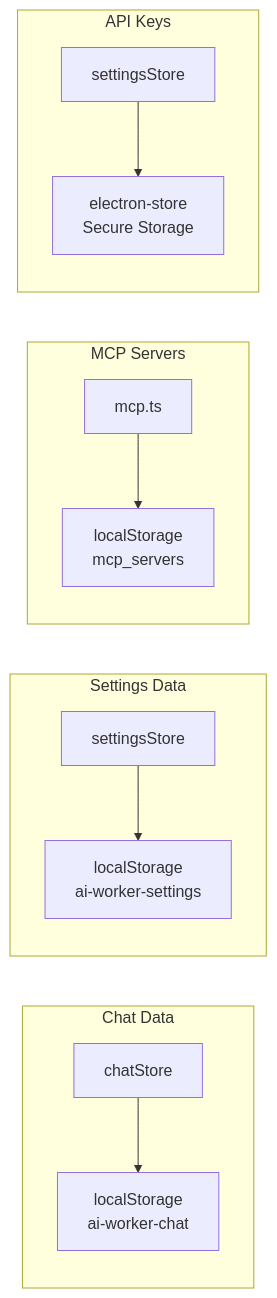
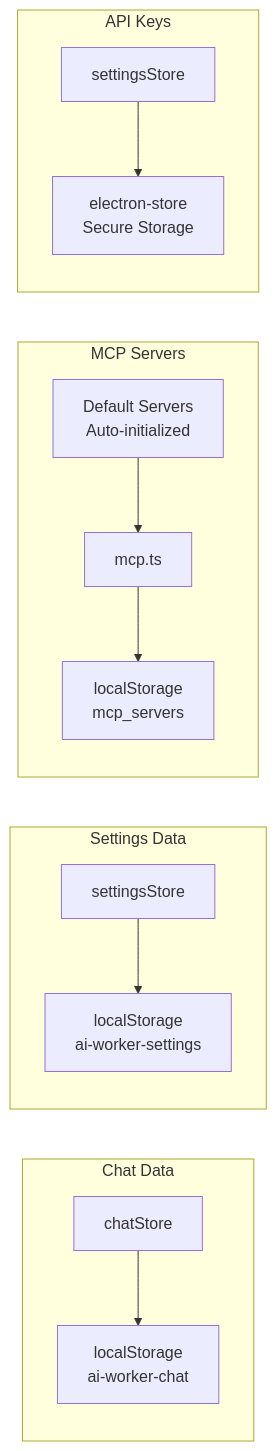
Diagram 18 of 22 in architecture.md (meharajM/ai-worker.app), drawn with Mermaid before and after one commit. The commit also changed other lines of this file and 1 other file, not shown here.

````diff
--- a/architecture.md
+++ b/architecture.md
@@ -549,27 +620,30 @@
 ```mermaid
 graph LR
     subgraph "Chat Data"
         ChatStore[chatStore]
         ChatLocalStorage[localStorage<br/>ai-worker-chat]
     end
-    
+
     subgraph "Settings Data"
         SettingsStore[settingsStore]
         SettingsLocalStorage[localStorage<br/>ai-worker-settings]
     end
-    
+
     subgraph "MCP Servers"
         MCPLib[mcp.ts]
         MCPStorage[localStorage<br/>mcp_servers]
+        DefaultServers[Default Servers<br/>Auto-initialized]
     end
-    
+
+    DefaultServers --> MCPLib
+
     subgraph "API Keys"
         SettingsStore2[settingsStore]
         ElectronStore2[electron-store<br/>Secure Storage]
     end
-    
+
     ChatStore --> ChatLocalStorage
     SettingsStore --> SettingsLocalStorage
     MCPLib --> MCPStorage
     SettingsStore2 --> ElectronStore2
 ```
````
